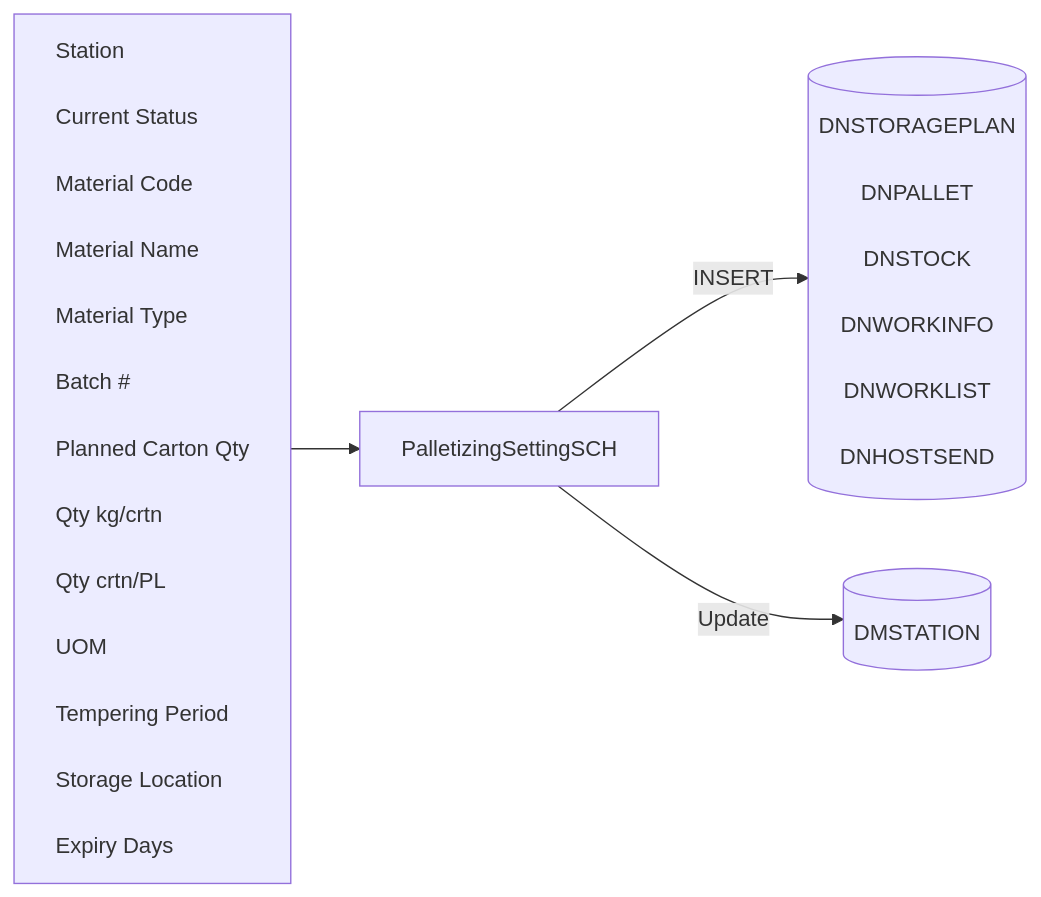
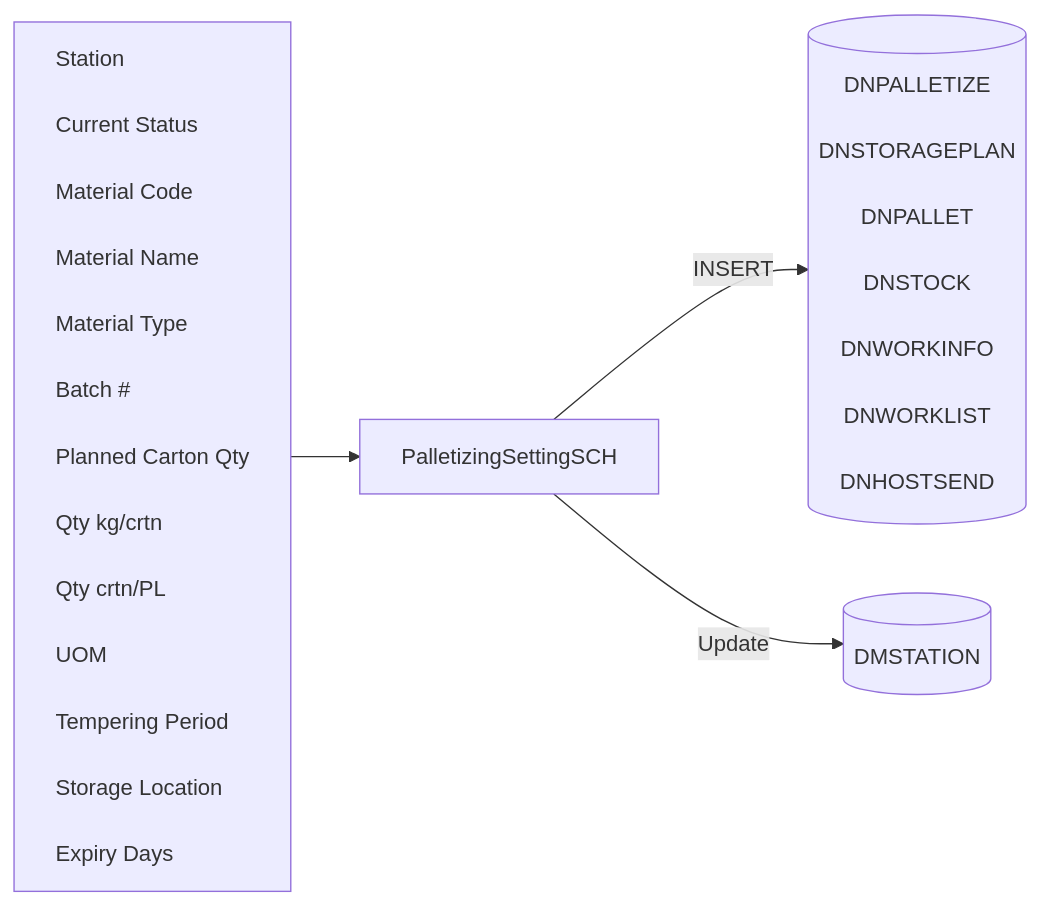
One commit to luthfiadityaa/SimeDarby-Wiki changed the diagram in Basic-Design/DFD-WMS/Storage/Palletizing-Settting/Palletize-Start.md. Above: the diagram before and after it, drawn with Mermaid. The commit also changed other lines of this file, not shown here.

```diff
--- a/Basic-Design/DFD-WMS/Storage/Palletizing-Settting/Palletize-Start.md
+++ b/Basic-Design/DFD-WMS/Storage/Palletizing-Settting/Palletize-Start.md
@@ -18,40 +18,41 @@
 ::: mermaid
 flowchart LR
     input[
         Station<br>
         Current Status<br>
         Material Code<br>
         Material Name<br>
         Material Type<br>
         Batch #<br>
         Planned Carton Qty<br>
         Qty kg/crtn<br>
         Qty crtn/PL<br>
         UOM<br>
         Tempering Period<br>
         Storage Location<br>
         Expiry Days<br>
     ]
 
     tableList-insert[("
+        DNPALLETIZE<br>
         DNSTORAGEPLAN<br>
         DNPALLET<br>
         DNSTOCK<br>
         DNWORKINFO<br>
         DNWORKLIST<br>
         DNHOSTSEND<br>
     ")]
 
     tableList-update[("
         DMSTATION
     ")]
 
     className[PalletizingSettingSCH]
 
     input --> className --> |INSERT| tableList-insert
     className --> |Update| tableList-update
 
     classDef leftAlign text-align:left;
     class input leftAlign;
 
 :::
```
